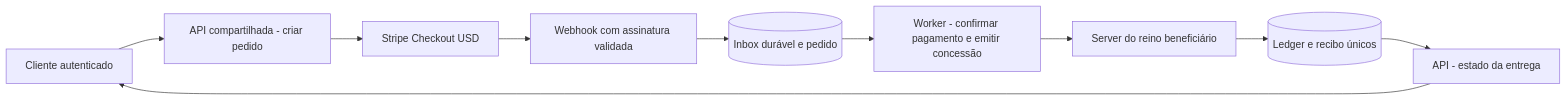
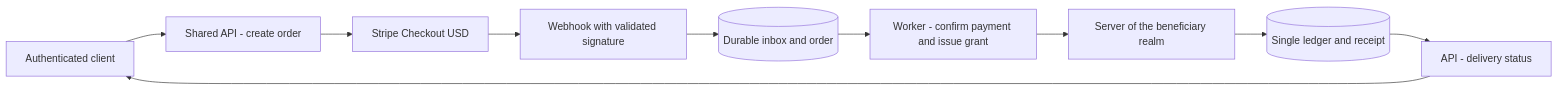
One commit to ReeseArch64/opencok changed diagram 13 of 14 in .github/ARCHITECTURE.md. Above: the diagram before and after it, drawn with Mermaid. The commit also changed other lines of this file and 10 other files, not shown here.

````diff
--- a/.github/ARCHITECTURE.md
+++ b/.github/ARCHITECTURE.md
@@ -1711,12 +1656,12 @@
 ```mermaid
 flowchart LR
-  client[Cliente autenticado] --> api[API compartilhada - criar pedido]
+  client[Authenticated client] --> api[Shared API - create order]
   api --> checkout[Stripe Checkout USD]
-  checkout --> webhook[Webhook com assinatura validada]
-  webhook --> inbox[(Inbox durável e pedido)]
-  inbox --> worker[Worker - confirmar pagamento e emitir concessão]
-  worker --> server[Server do reino beneficiário]
-  server --> ledger[(Ledger e recibo únicos)]
-  ledger --> status[API - estado da entrega]
+  checkout --> webhook[Webhook with validated signature]
+  webhook --> inbox[(Durable inbox and order)]
+  inbox --> worker[Worker - confirm payment and issue grant]
+  worker --> server[Server of the beneficiary realm]
+  server --> ledger[(Single ledger and receipt)]
+  ledger --> status[API - delivery status]
   status --> client
 ```
````
